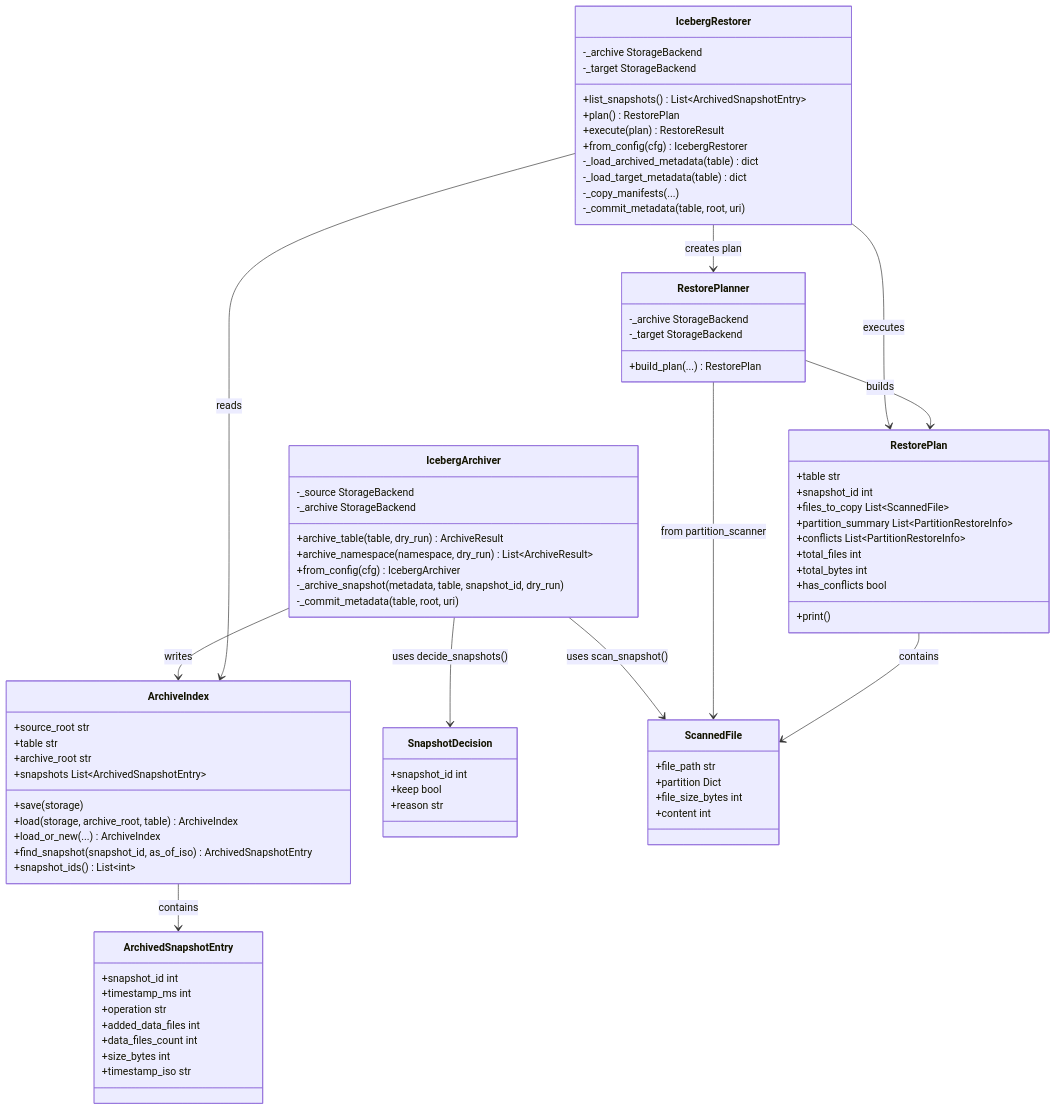
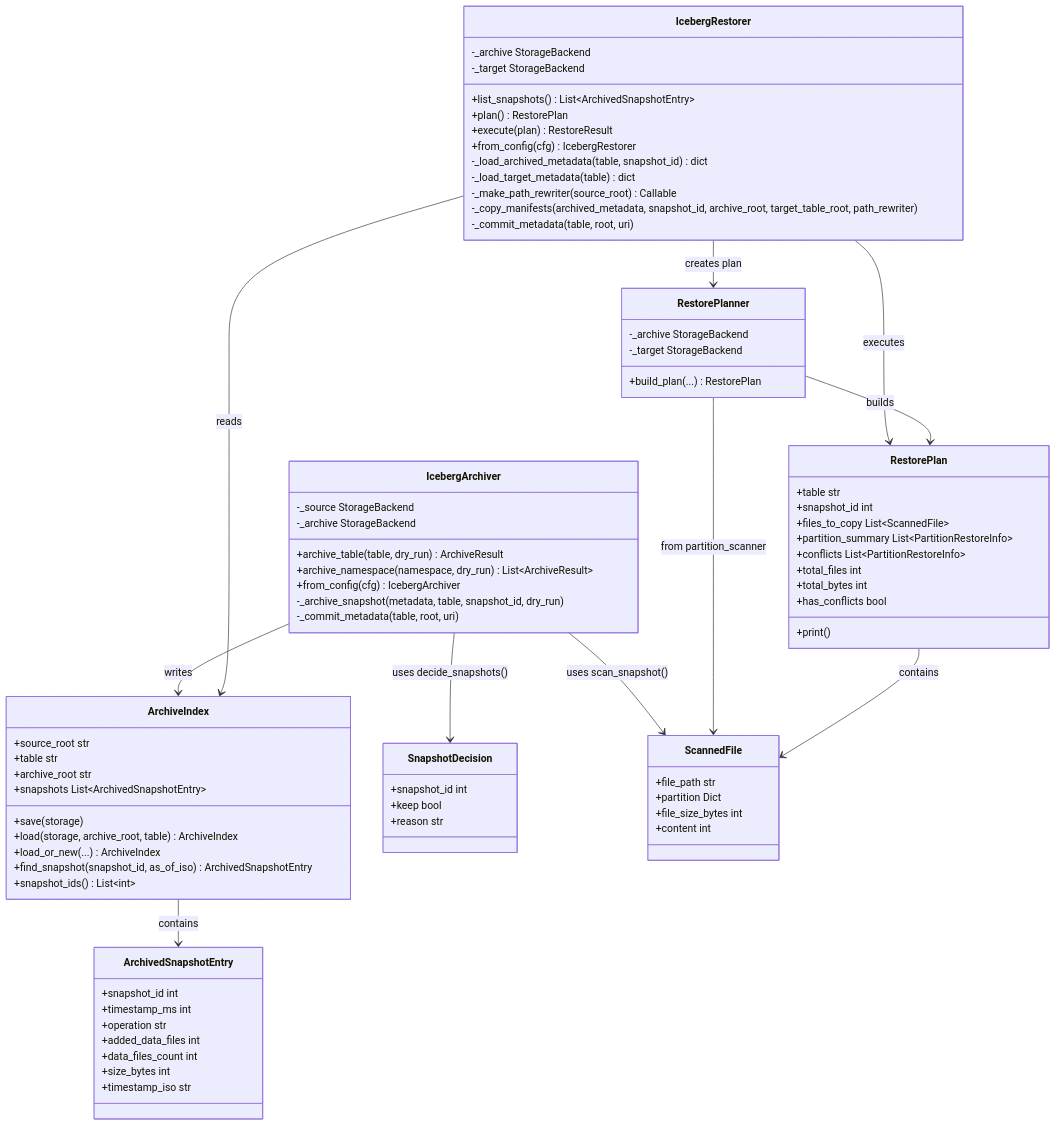
The first of 8 diagrams in docs/archive-dev.md (techbitsvsk/catalog_sync), drawn with Mermaid before and after one commit. The commit also changed other lines of this file and 12 other files, not shown here.

```diff
--- a/docs/archive-dev.md
+++ b/docs/archive-dev.md
@@ -59,9 +59,10 @@
         +from_config(cfg) IcebergRestorer
         -_archive StorageBackend
         -_target StorageBackend
-        -_load_archived_metadata(table) dict
+        -_load_archived_metadata(table, snapshot_id) dict
         -_load_target_metadata(table) dict
-        -_copy_manifests(...)
+        -_make_path_rewriter(source_root) Callable
+        -_copy_manifests(archived_metadata, snapshot_id, archive_root, target_table_root, path_rewriter)
         -_commit_metadata(table, root, uri)
     }
 
```
